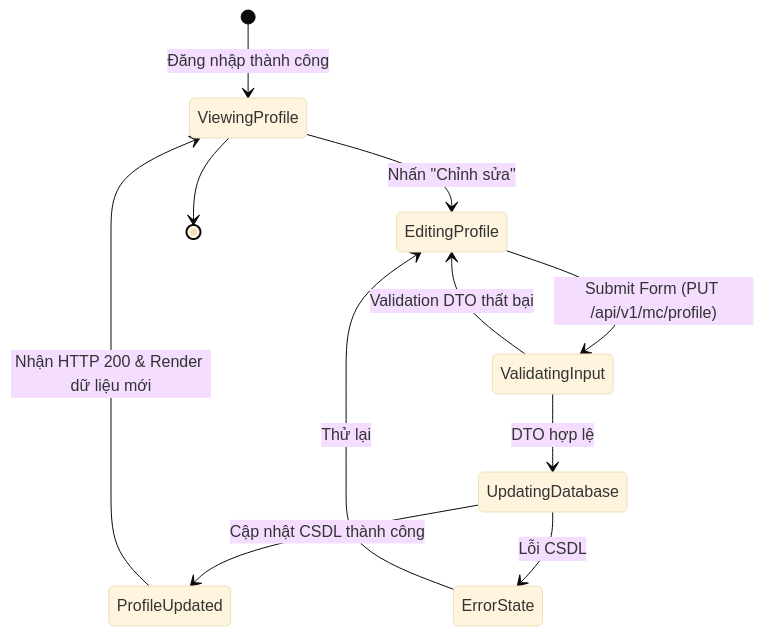
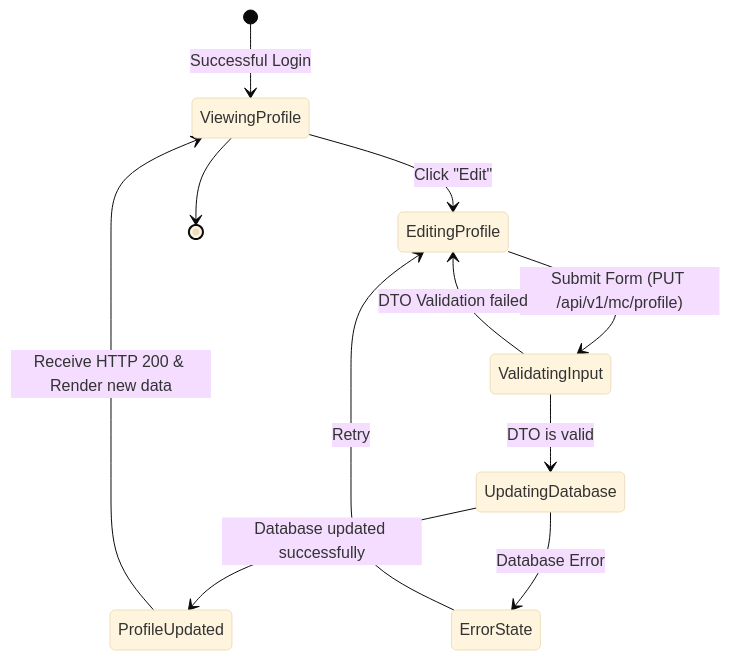
The second of 13 diagrams in UC_Backend_Design_Details.md (dat-21/SWD392), drawn with Mermaid (base theme) before and after one commit. The commit also changed other lines of this file and 1 other file, not shown here.

````diff
--- a/UC_Backend_Design_Details.md
+++ b/UC_Backend_Design_Details.md
@@ -55,13 +55,13 @@
 ```mermaid
 stateDiagram-v2
-    [*] --> ViewingProfile: Đăng nhập thành công
-    ViewingProfile --> EditingProfile: Nhấn "Chỉnh sửa"
+    [*] --> ViewingProfile: Successful Login
+    ViewingProfile --> EditingProfile: Click "Edit"
     EditingProfile --> ValidatingInput: Submit Form (PUT /api/v1/mc/profile)
-    ValidatingInput --> EditingProfile: Validation DTO thất bại
-    ValidatingInput --> UpdatingDatabase: DTO hợp lệ
-    UpdatingDatabase --> ProfileUpdated: Cập nhật CSDL thành công
-    UpdatingDatabase --> ErrorState: Lỗi CSDL
-    ErrorState --> EditingProfile: Thử lại
-    ProfileUpdated --> ViewingProfile: Nhận HTTP 200 & Render dữ liệu mới
+    ValidatingInput --> EditingProfile: DTO Validation failed
+    ValidatingInput --> UpdatingDatabase: DTO is valid
+    UpdatingDatabase --> ProfileUpdated: Database updated successfully
+    UpdatingDatabase --> ErrorState: Database Error
+    ErrorState --> EditingProfile: Retry
+    ProfileUpdated --> ViewingProfile: Receive HTTP 200 & Render new data
     ViewingProfile --> [*]
 ```
````
